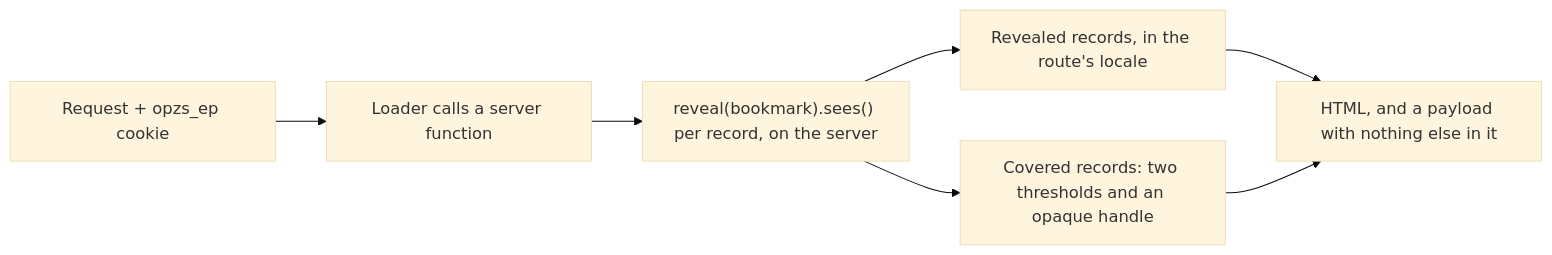
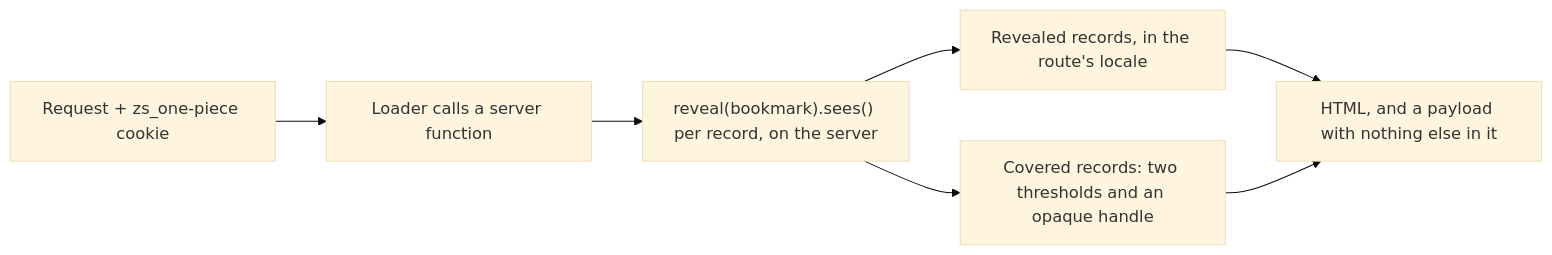
The diagram in README.md (cosimochellini/one-piece-zero-spoiler), drawn with Mermaid (base theme) before and after one commit. The commit also changed other lines of this file and 38 other files, not shown here.

````diff
--- a/README.md
+++ b/README.md
@@ -63,9 +64,9 @@
 ```mermaid
 flowchart LR
-  A["Request + opzs_ep cookie"] --> B["Loader calls a server function"]
+  A["Request + zs_one-piece cookie"] --> B["Loader calls a server function"]
   B --> C["reveal(bookmark).sees() per record, on the server"]
   C --> D["Revealed records, in the route's locale"]
   C --> E["Covered records: two thresholds and an opaque handle"]
   D --> F["HTML, and a payload with nothing else in it"]
   E --> F
 ```
````
